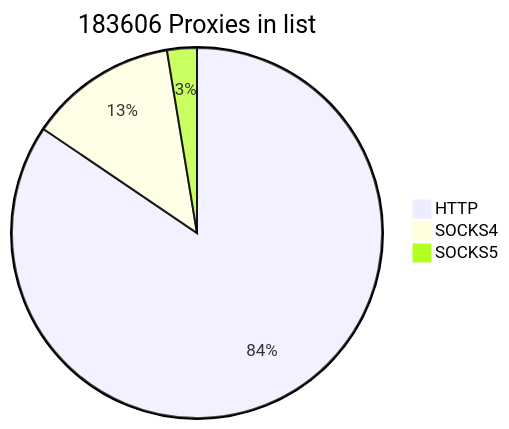
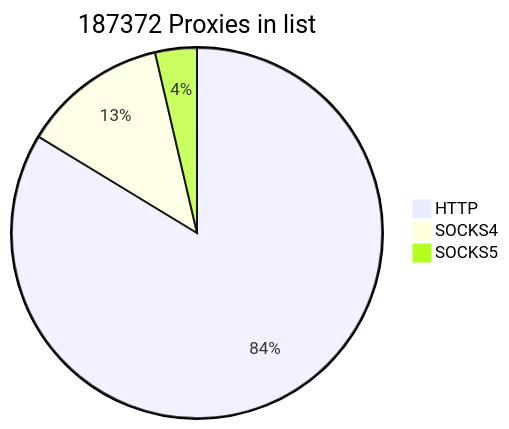
Before and after one commit to cutipu/proxylist: the first of 2 diagrams in README.md, drawn with Mermaid. The commit also changed other lines of this file, not shown here.

````diff
--- a/README.md
+++ b/README.md
@@ -2,7 +2,7 @@
 ```mermaid
-pie title 183606 Proxies in list
-    "HTTP" : 155095
+pie title 187372 Proxies in list
+    "HTTP" : 156820
     "SOCKS4" : 23734
-    "SOCKS5" : 4777
+    "SOCKS5" : 6818
             
 ```
````
